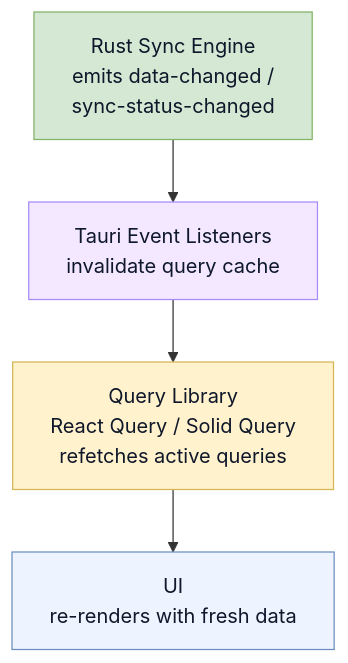
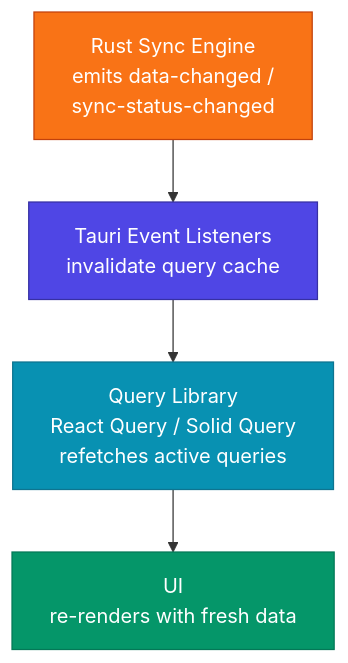
Before and after one commit to sakti-dev/baresync: the diagram in apps/docs/content/docs/ui-frameworks/overview.mdx, drawn with Mermaid.

Commit message:
docs: add brand colors to ui-frameworks Mermaid diagram

````diff
--- a/apps/docs/content/docs/ui-frameworks/overview.mdx
+++ b/apps/docs/content/docs/ui-frameworks/overview.mdx
@@ -19,11 +19,11 @@
 ```mermaid
 flowchart TD
     Rust["Rust Sync Engine\nemits data-changed /\nsync-status-changed"] --> Events["Tauri Event Listeners\ninvalidate query cache"]
     Events --> Query["Query Library\nReact Query / Solid Query\nrefetches active queries"]
     Query --> UI["UI\nre-renders with fresh data"]
 
-    style Rust fill:#d5e8d4,stroke:#82b366,color:#0f172a
-    style Events fill:#f3e8ff,stroke:#a78bfa,color:#0f172a
-    style Query fill:#fff2cc,stroke:#d6b656,color:#0f172a
-    style UI fill:#eef4ff,stroke:#6c8ebf,color:#0f172a
+    style Rust fill:#f97316,stroke:#c2410c,color:#ffffff
+    style Events fill:#4f46e5,stroke:#3730a3,color:#ffffff
+    style Query fill:#0891b2,stroke:#0e7490,color:#ffffff
+    style UI fill:#059669,stroke:#047857,color:#ffffff
 ```
````
